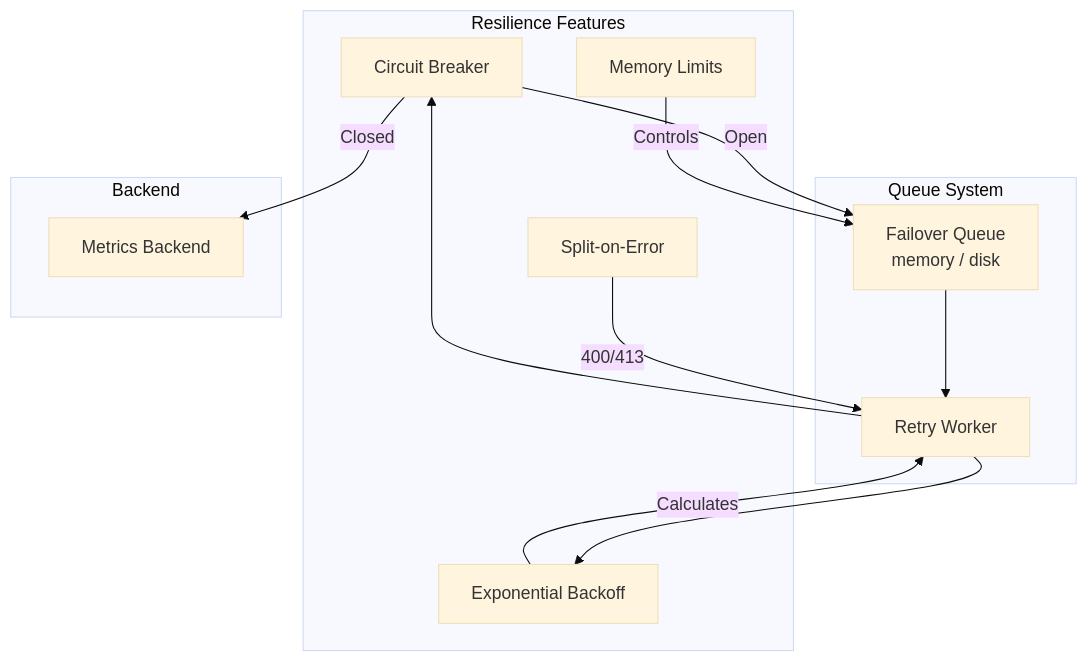
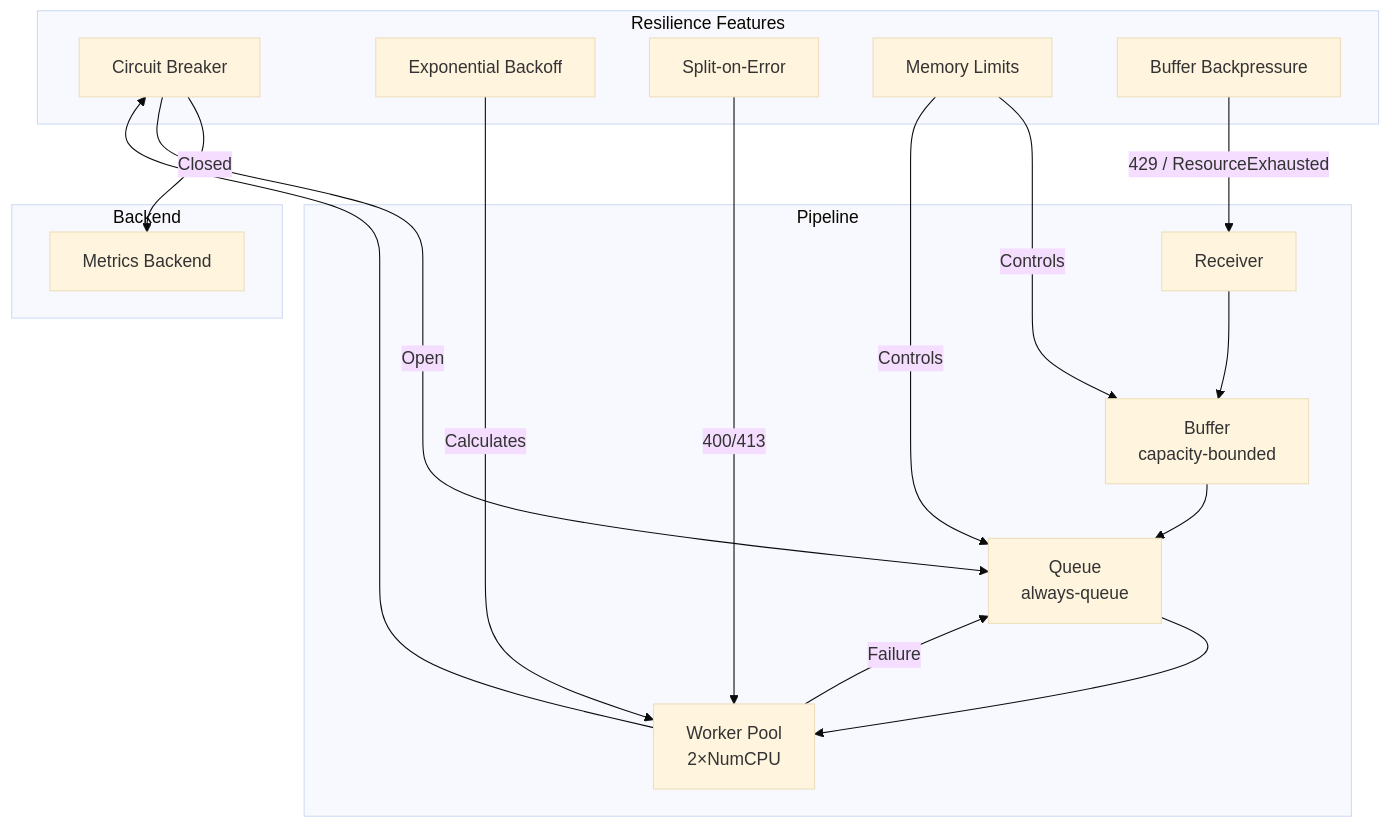
The first of 6 diagrams in docs/resilience.md (szibis/metrics-governor), drawn with Mermaid (base theme) before and after one commit. The commit also changed other lines of this file and 41 other files, not shown here.

````diff
--- a/docs/resilience.md
+++ b/docs/resilience.md
@@ -9,27 +9,34 @@
 ```mermaid
 graph TB
     subgraph "Resilience Features"
         CB[Circuit Breaker]
         BO[Exponential Backoff]
         SOE[Split-on-Error]
         ML[Memory Limits]
+        BP[Buffer Backpressure]
     end
 
-    subgraph "Queue System"
-        FQ[Failover Queue<br/>memory / disk]
-        R[Retry Worker]
+    subgraph "Pipeline"
+        RX[Receiver]
+        BUF[Buffer<br/>capacity-bounded]
+        Q[Queue<br/>always-queue]
+        WP[Worker Pool<br/>2×NumCPU]
     end
 
     subgraph "Backend"
         BE[Metrics Backend]
     end
 
-    FQ --> R
-    R --> CB
+    RX --> BUF
+    BUF --> Q
+    Q --> WP
+    WP --> CB
     CB -->|Closed| BE
-    CB -->|Open| FQ
-    R --> BO
-    BO -->|Calculates| R
-    SOE -->|"400/413"| R
-    ML -->|Controls| FQ
+    CB -->|Open| Q
+    WP -->|Failure| Q
+    BP -->|"429 / ResourceExhausted"| RX
+    ML -->|Controls| BUF
+    ML -->|Controls| Q
+    BO -->|Calculates| WP
+    SOE -->|"400/413"| WP
 ```
````
